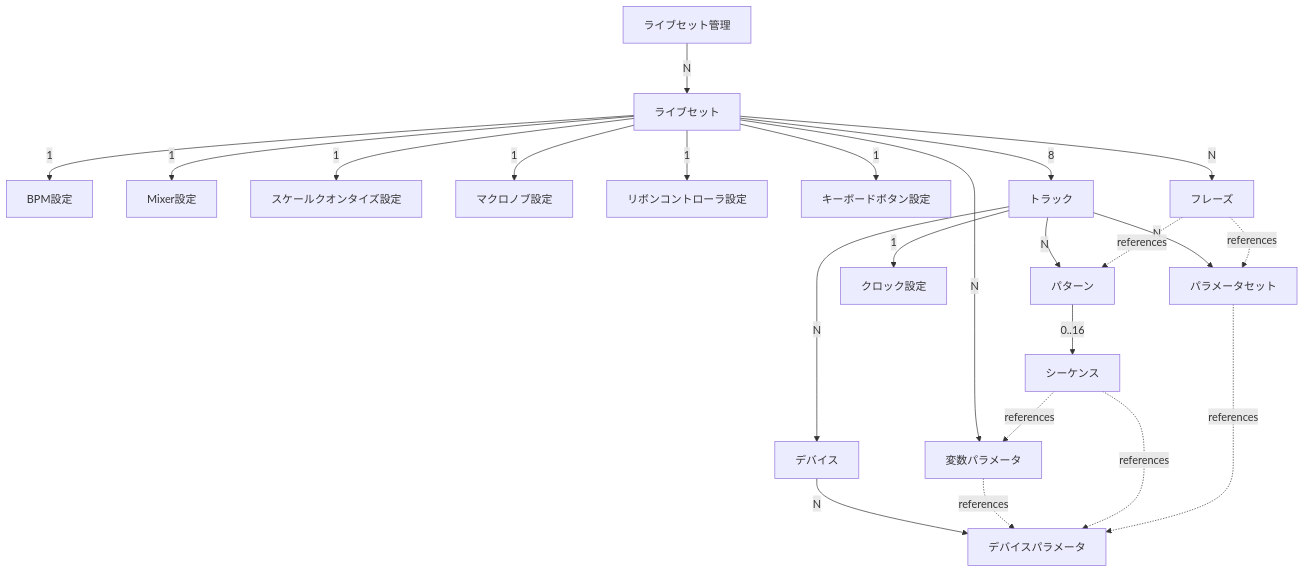
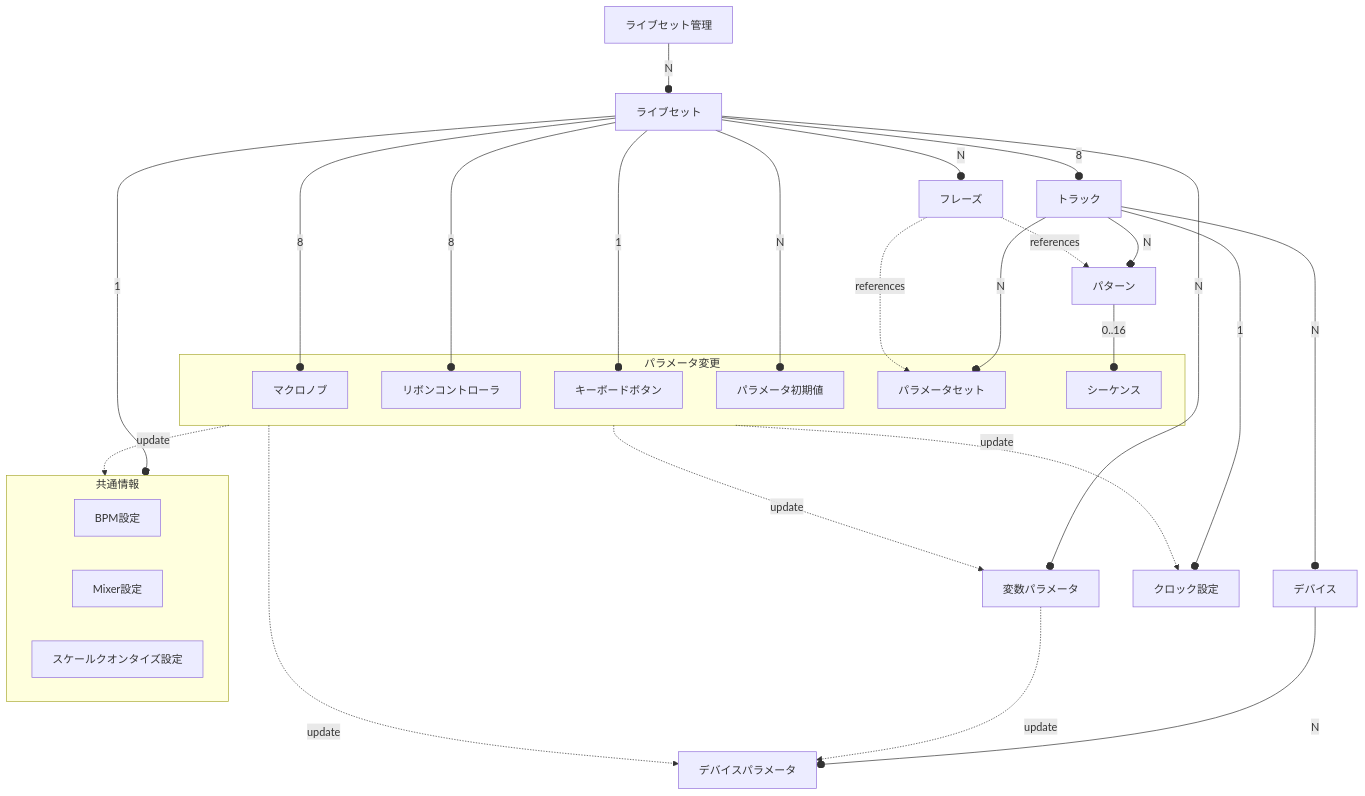
Before and after one commit to centrevillage/igb_spec: the second of 3 diagrams in devices/igb01/IGB01_spec.md, drawn with Mermaid. The commit also changed other lines of this file, not shown here.

Commit message:
データ構造グラフを修正

````diff
--- a/devices/igb01/IGB01_spec.md
+++ b/devices/igb01/IGB01_spec.md
@@ -53,25 +53,38 @@
 ```mermaid
 flowchart TB
-  LiveSetMng["ライブセット管理"] -- "N" --> LiveSet["ライブセット"]
-  LiveSet -- "1" --> BpmConf["BPM設定"]
-  LiveSet -- "1" --> MixerConf["Mixer設定"]
-  LiveSet -- "1" --> ScaleQuantizer["スケールクオンタイズ設定"]
-  LiveSet -- "1" --> MacroKnob["マクロノブ設定"]
-  LiveSet -- "1" --> RibbonController["リボンコントローラ設定"]
-  LiveSet -- "1" --> KeyboardBtn["キーボードボタン設定"]
-  LiveSet -- "8" --> Track["トラック"]
-  Track -- "N" --> Device["デバイス"]
-  Device -- "N" --> Parameter["デバイスパラメータ"]
-  Track -- "N" --> ParameterSet["パラメータセット"]
-  Track -- "1" --> ClockDivMult["クロック設定"] 
-  Track -- "N" --> Pattern["パターン"]
-  Pattern -- "0..16" --> Sequence["シーケンス"]
-  LiveSet -- "N" --> Variable["変数パラメータ"]
-  Variable -. "references" .-> Parameter
-  LiveSet -- "N" --> Phrase["フレーズ"]
-  Sequence -. "references" .-> Parameter
-  Sequence -. "references" .-> Variable
-  ParameterSet -. "references" .-> Parameter
+  LiveSetMng["ライブセット管理"] -- "N" --o LiveSet["ライブセット"]
+  LiveSet -- "8" --o MacroKnob["マクロノブ"]
+  LiveSet -- "8" --o RibbonController["リボンコントローラ"]
+  LiveSet -- "1" --o KeyboardBtn["キーボードボタン"]
+  LiveSet -- "N" --o DefaultParameter["パラメータ初期値"]
+  LiveSet -- "8" --o Track["トラック"]
+  Track -- "N" --o Device["デバイス"]
+  Device -- "N" --o Parameter["デバイスパラメータ"]
+  Track -- "N" --o ParameterSet["パラメータセット"]
+  Track -- "N" --o Pattern["パターン"]
+  Pattern -- "0..16" --o Sequence["シーケンス"]
+  LiveSet -- "N" --o Variable["変数パラメータ"]
+  Variable -. "update" .-> Parameter
+  LiveSet -- "N" --o Phrase["フレーズ"]
+  subgraph ParameterChange["パラメータ変更"]
+    Sequence
+    MacroKnob
+    RibbonController
+    KeyboardBtn
+    ParameterSet
+    DefaultParameter
+  end
+  ParameterChange -. "update" .-> Parameter
+  ParameterChange -. "update" .-> Variable
   Phrase -. "references" .-> ParameterSet
   Phrase -. "references" .-> Pattern
+  Track -- "1" --o ClockDivMult["クロック設定"] 
+  subgraph CommonInfo["共通情報"]
+    BpmConf["BPM設定"]
+    MixerConf["Mixer設定"]
+    ScaleQuantizer["スケールクオンタイズ設定"]
+  end
+  LiveSet -- "1" --o CommonInfo
+  ParameterChange -. "update" .-> CommonInfo
+  ParameterChange -. "update" .-> ClockDivMult
 ```
````
